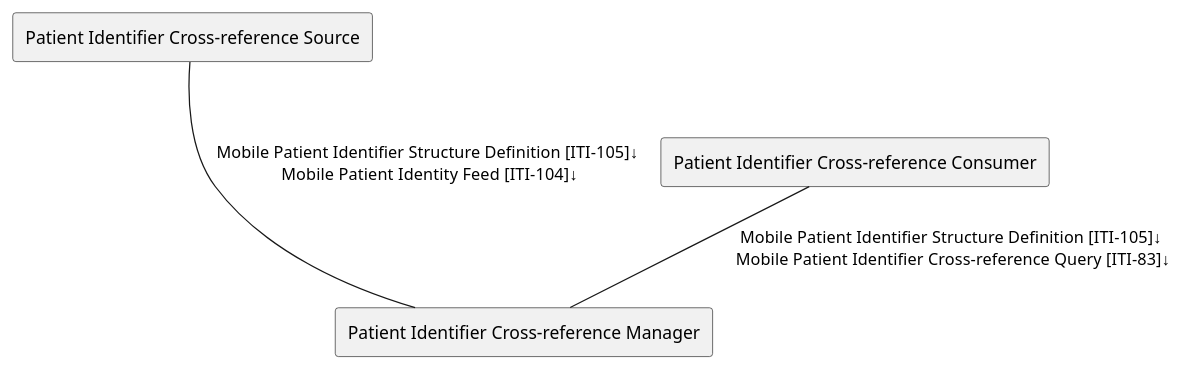
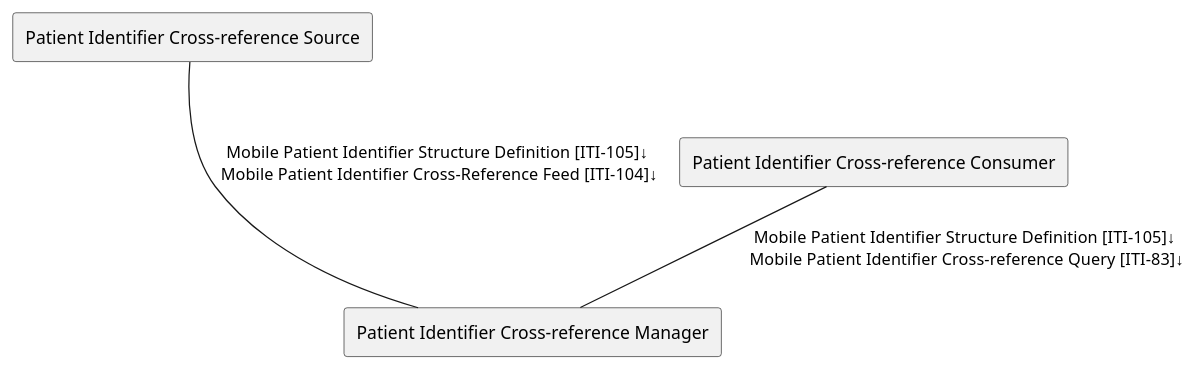
Before and after one commit to IHE/ITI.PIXm: the diagram in input/images-source/ActorsAndTransactions.plantuml, drawn with PlantUML. The commit also changed 6 other files, not shown here.

```diff
--- a/input/images-source/ActorsAndTransactions.plantuml
+++ b/input/images-source/ActorsAndTransactions.plantuml
@@ -1,11 +1,11 @@
 @startuml
 
 agent "Patient Identifier Cross-reference Source" as Source
 agent "Patient Identifier Cross-reference Consumer" as Consumer
 agent "Patient Identifier Cross-reference Manager" as Manager
 
 
-Source --- Manager: "Mobile Patient Identifier Structure Definition [ITI-105]↓\n Mobile Patient Identity Feed [ITI-104]↓"
+Source --- Manager: "Mobile Patient Identifier Structure Definition [ITI-105]↓\n Mobile Patient Identifier Cross-Reference Feed [ITI-104]↓"
 Consumer -- Manager : "Mobile Patient Identifier Structure Definition [ITI-105]↓\n Mobile Patient Identifier Cross-reference Query [ITI-83]↓"
 
 @enduml
```
